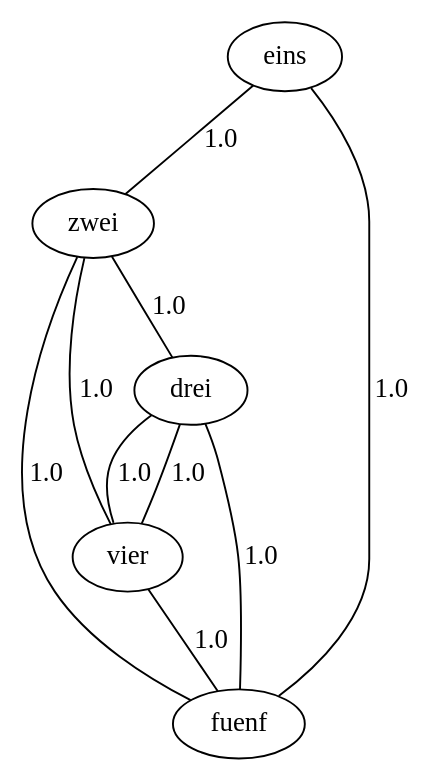
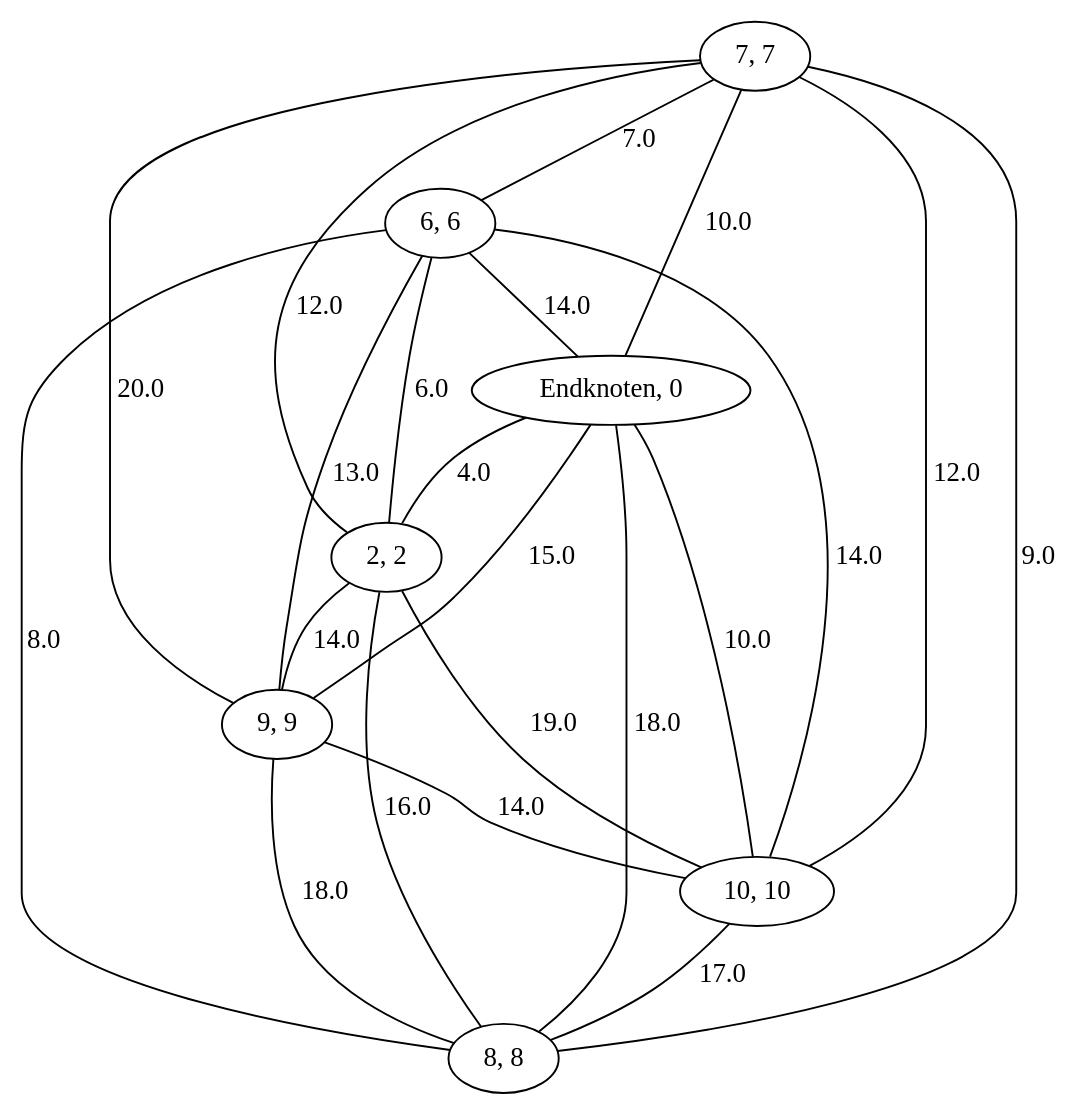
One commit to Frggle/HAW_GKA changed the diagram in GKA_task3_1-5/GraphViz/graph/gespeicherterGraph.gv. Above: the diagram before and after it, drawn with Graphviz. The commit also changed 9 other files, not shown here.

Commit message:
Um herauszufinden ob eine Kante eine Bridge ist, gucke ich nun ob alle Nachbarkanten mindestens den Knotengrad 2 haben. Vorher habe ich die Kante entfernt und mit ConnectivityInspector geguckt ob der Graph noch zusammmenhängend ist

```diff
--- a/GKA_task3_1-5/GraphViz/graph/gespeicherterGraph.gv
+++ b/GKA_task3_1-5/GraphViz/graph/gespeicherterGraph.gv
@@ -1,16 +1,30 @@
 graph G {
-  1 [ label="eins" ];
-  2 [ label="zwei" ];
-  3 [ label="drei" ];
-  4 [ label="vier" ];
-  5 [ label="fuenf" ];
-  1 -- 2 [ label="1.0" ];
-  2 -- 3 [ label="1.0" ];
-  3 -- 4 [ label="1.0" ];
-  4 -- 3 [ label="1.0" ];
-  4 -- 5 [ label="1.0" ];
-  5 -- 1 [ label="1.0" ];
-  5 -- 2 [ label="1.0" ];
-  5 -- 3 [ label="1.0" ];
-  2 -- 4 [ label="1.0" ];
+  1 [ label="7, 7" ];
+  2 [ label="6, 6" ];
+  3 [ label="Endknoten, 0" ];
+  4 [ label="2, 2" ];
+  5 [ label="9, 9" ];
+  6 [ label="10, 10" ];
+  7 [ label="8, 8" ];
+  1 -- 2 [ label="7.0" ];
+  1 -- 3 [ label="10.0" ];
+  1 -- 4 [ label="12.0" ];
+  1 -- 5 [ label="20.0" ];
+  1 -- 6 [ label="12.0" ];
+  1 -- 7 [ label="9.0" ];
+  2 -- 3 [ label="14.0" ];
+  2 -- 4 [ label="6.0" ];
+  2 -- 5 [ label="13.0" ];
+  2 -- 6 [ label="14.0" ];
+  2 -- 7 [ label="8.0" ];
+  3 -- 4 [ label="4.0" ];
+  3 -- 5 [ label="15.0" ];
+  3 -- 6 [ label="10.0" ];
+  3 -- 7 [ label="18.0" ];
+  4 -- 5 [ label="14.0" ];
+  4 -- 6 [ label="19.0" ];
+  4 -- 7 [ label="16.0" ];
+  5 -- 6 [ label="14.0" ];
+  5 -- 7 [ label="18.0" ];
+  6 -- 7 [ label="17.0" ];
 }
```
